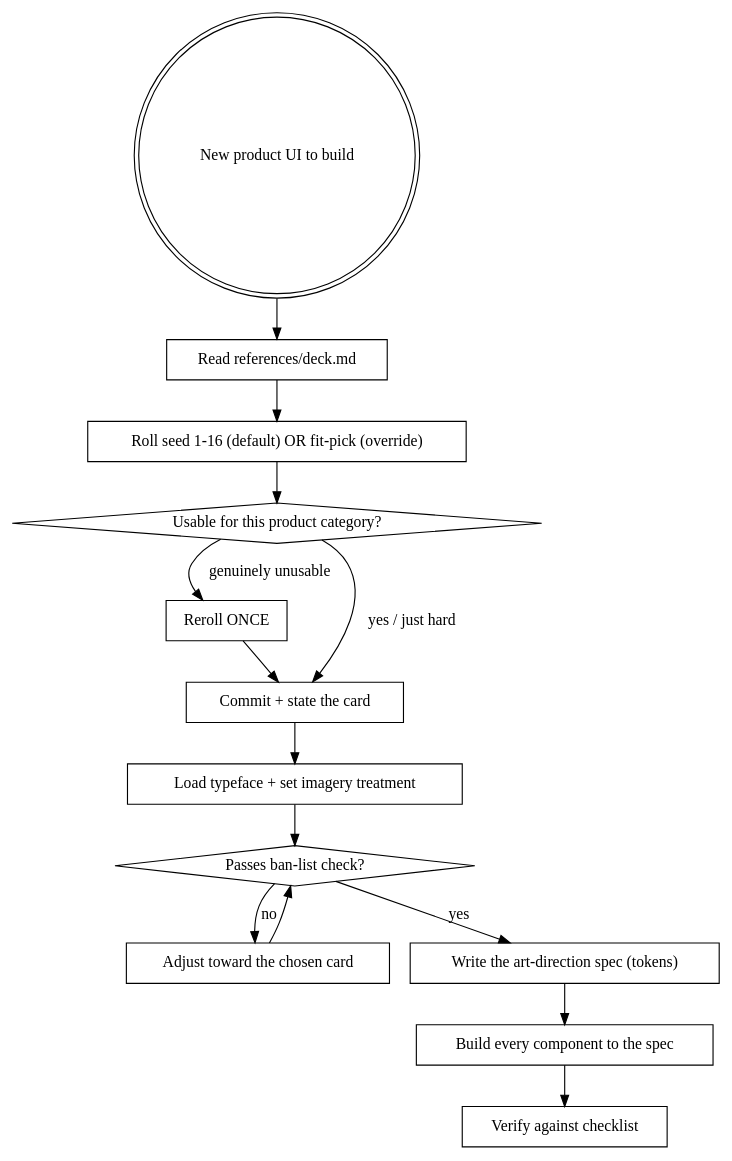
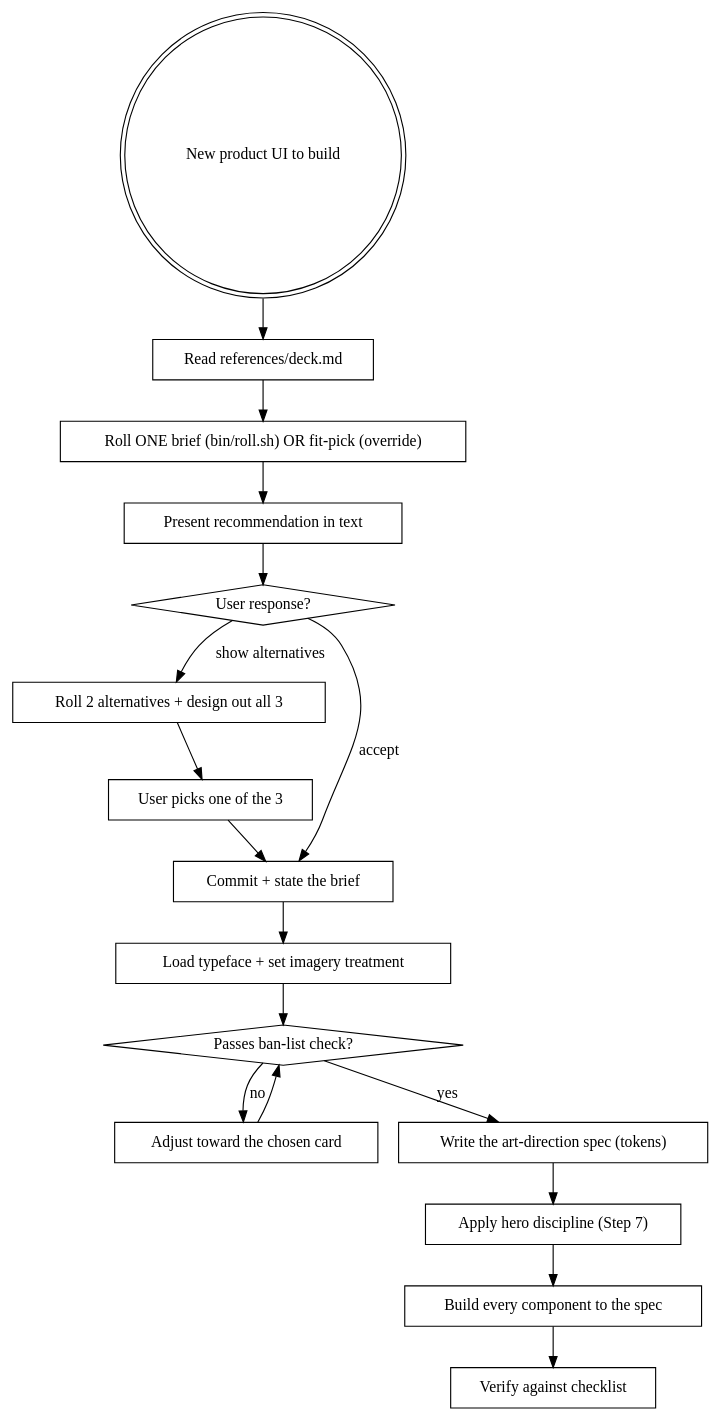
The diagram in SKILL.md (rgourley/art-direction), drawn with Graphviz before and after one commit. The commit also changed other lines of this file and 9 other files, not shown here.

First line of the commit message:
feat: expand deck to 32 cards, add modifier layer, hero discipline, promo

````diff
--- a/SKILL.md
+++ b/SKILL.md
@@ -26,30 +26,36 @@
 ```dot
 digraph art_direction {
     "New product UI to build" [shape=doublecircle];
     "Read references/deck.md" [shape=box];
-    "Roll seed 1-16 (default) OR fit-pick (override)" [shape=box];
-    "Usable for this product category?" [shape=diamond];
-    "Reroll ONCE" [shape=box];
-    "Commit + state the card" [shape=box];
+    "Roll ONE brief (bin/roll.sh) OR fit-pick (override)" [shape=box];
+    "Present recommendation in text" [shape=box];
+    "User response?" [shape=diamond];
+    "Roll 2 alternatives + design out all 3" [shape=box];
+    "User picks one of the 3" [shape=box];
+    "Commit + state the brief" [shape=box];
     "Load typeface + set imagery treatment" [shape=box];
     "Passes ban-list check?" [shape=diamond];
     "Adjust toward the chosen card" [shape=box];
     "Write the art-direction spec (tokens)" [shape=box];
     "Build every component to the spec" [shape=box];
     "Verify against checklist" [shape=box];
 
     "New product UI to build" -> "Read references/deck.md";
-    "Read references/deck.md" -> "Roll seed 1-16 (default) OR fit-pick (override)";
-    "Roll seed 1-16 (default) OR fit-pick (override)" -> "Usable for this product category?";
-    "Usable for this product category?" -> "Reroll ONCE" [label="genuinely unusable"];
-    "Usable for this product category?" -> "Commit + state the card" [label="yes / just hard"];
-    "Reroll ONCE" -> "Commit + state the card";
-    "Commit + state the card" -> "Load typeface + set imagery treatment";
+    "Read references/deck.md" -> "Roll ONE brief (bin/roll.sh) OR fit-pick (override)";
+    "Roll ONE brief (bin/roll.sh) OR fit-pick (override)" -> "Present recommendation in text";
+    "Present recommendation in text" -> "User response?";
+    "User response?" -> "Commit + state the brief" [label="accept"];
+    "User response?" -> "Roll 2 alternatives + design out all 3" [label="show alternatives"];
+    "Roll 2 alternatives + design out all 3" -> "User picks one of the 3";
+    "User picks one of the 3" -> "Commit + state the brief";
+    "Commit + state the brief" -> "Load typeface + set imagery treatment";
     "Load typeface + set imagery treatment" -> "Passes ban-list check?";
     "Passes ban-list check?" -> "Write the art-direction spec (tokens)" [label="yes"];
     "Passes ban-list check?" -> "Adjust toward the chosen card" [label="no"];
     "Adjust toward the chosen card" -> "Passes ban-list check?";
-    "Write the art-direction spec (tokens)" -> "Build every component to the spec";
+    "Write the art-direction spec (tokens)" -> "Apply hero discipline (Step 7)";
+    "Apply hero discipline (Step 7)" -> "Build every component to the spec";
     "Build every component to the spec" -> "Verify against checklist";
+    "Apply hero discipline (Step 7)" [shape=box];
 }
 ```
````
